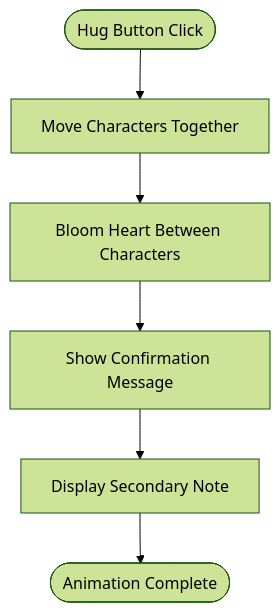
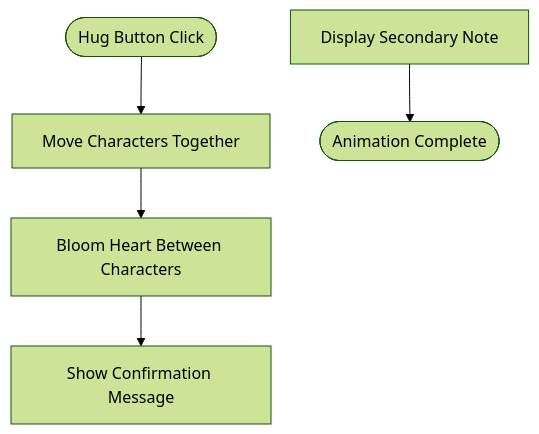
One commit to quangkiet1/anh-xin-loi changed the eighth of 10 diagrams in .qoder/repowiki/en/content/Animation and Interaction Guidelines.md. Above: the diagram before and after it, drawn with Mermaid (forest theme). The commit also changed other lines of this file and 13 other files, not shown here.

````diff
--- a/.qoder/repowiki/en/content/Animation and Interaction Guidelines.md
+++ b/.qoder/repowiki/en/content/Animation and Interaction Guidelines.md
@@ -371,8 +372,8 @@
 ```mermaid
 flowchart TD
 Start(["Hug Button Click"]) --> MoveCharacters["Move Characters Together"]
 MoveCharacters --> BloomHeart["Bloom Heart Between Characters"]
 BloomHeart --> ShowConfirmation["Show Confirmation Message"]
-ShowConfirmation --> SecondaryNote["Display Secondary Note"]
+SecondaryNote["Display Secondary Note"]
 SecondaryNote --> End(["Animation Complete"])
 ```
````
